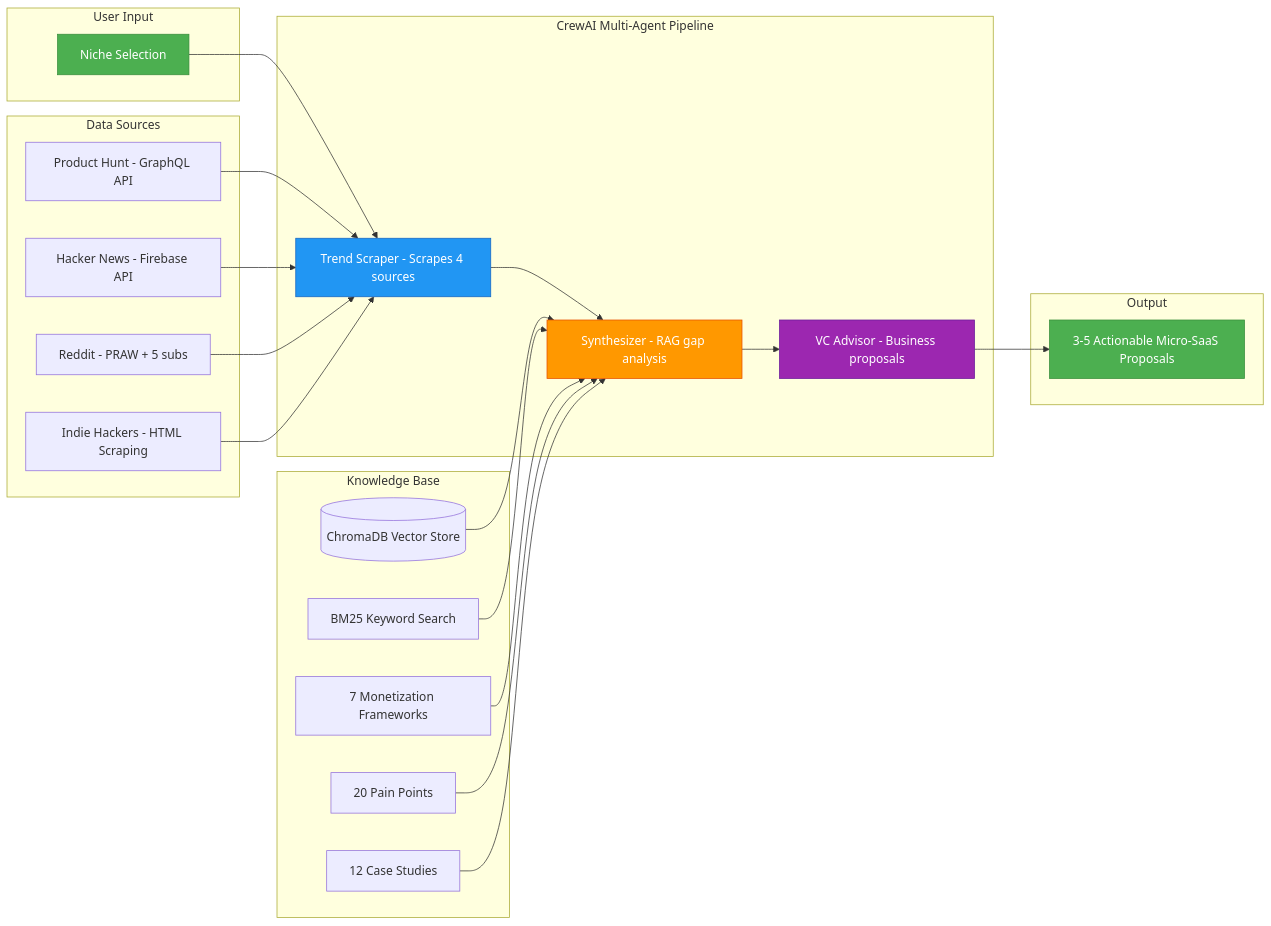
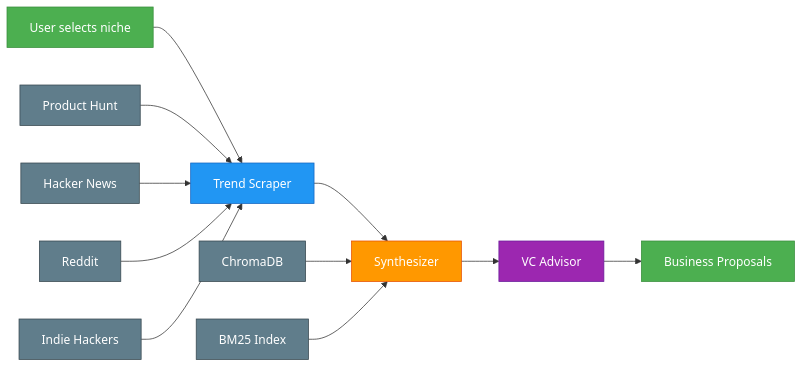
The first of 10 diagrams in README.md (soumyachk101/IdeaForge), drawn with Mermaid before and after one commit. The commit also changed other lines of this file, not shown here.

First line of the commit message:
Add comprehensive Mermaid diagrams - workflow, state machine, class diagram, and more

````diff
--- a/README.md
+++ b/README.md
@@ -54,50 +56,27 @@
 ```mermaid
-flowchart LR
-    subgraph INPUT["User Input"]
-        A["Niche Selection"]
-    end
+graph LR
+    A["User selects niche"] --> B["Trend Scraper"]
+    B --> C["Synthesizer"]
+    C --> D["VC Advisor"]
+    D --> E["Business Proposals"]
 
-    subgraph AGENTS["CrewAI Multi-Agent Pipeline"]
-        B["Trend Scraper - Scrapes 4 sources"]
-        C["Synthesizer - RAG gap analysis"]
-        D["VC Advisor - Business proposals"]
-    end
+    F["Product Hunt"] --> B
+    G["Hacker News"] --> B
+    H["Reddit"] --> B
+    I["Indie Hackers"] --> B
 
-    subgraph SOURCES["Data Sources"]
-        E["Product Hunt - GraphQL API"]
-        F["Hacker News - Firebase API"]
-        G["Reddit - PRAW + 5 subs"]
-        H["Indie Hackers - HTML Scraping"]
-    end
-
-    subgraph RAG["Knowledge Base"]
-        I[("ChromaDB Vector Store")]
-        J["BM25 Keyword Search"]
-        K["7 Monetization Frameworks"]
-        L["20 Pain Points"]
-        M["12 Case Studies"]
-    end
-
-    subgraph OUTPUT["Output"]
-        N["3-5 Actionable Micro-SaaS Proposals"]
-    end
-
-    A --> B
-    B --> C --> D
-    E --> B
-    F --> B
-    G --> B
-    H --> B
-    I --> C
-    J --> C
-    K --> C
-    L --> C
-    M --> C
-    D --> N
+    J["ChromaDB"] --> C
+    K["BM25 Index"] --> C
 
     style A fill:#4CAF50,stroke:#388E3C,color:#fff
     style B fill:#2196F3,stroke:#1565C0,color:#fff
     style C fill:#FF9800,stroke:#E65100,color:#fff
     style D fill:#9C27B0,stroke:#6A1B9A,color:#fff
-    style N fill:#4CAF50,stroke:#388E3C,color:#fff
+    style E fill:#4CAF50,stroke:#388E3C,color:#fff
+    style F fill:#607D8B,stroke:#37474F,color:#fff
+    style G fill:#607D8B,stroke:#37474F,color:#fff
+    style H fill:#607D8B,stroke:#37474F,color:#fff
+    style I fill:#607D8B,stroke:#37474F,color:#fff
+    style J fill:#607D8B,stroke:#37474F,color:#fff
+    style K fill:#607D8B,stroke:#37474F,color:#fff
 ```
````
